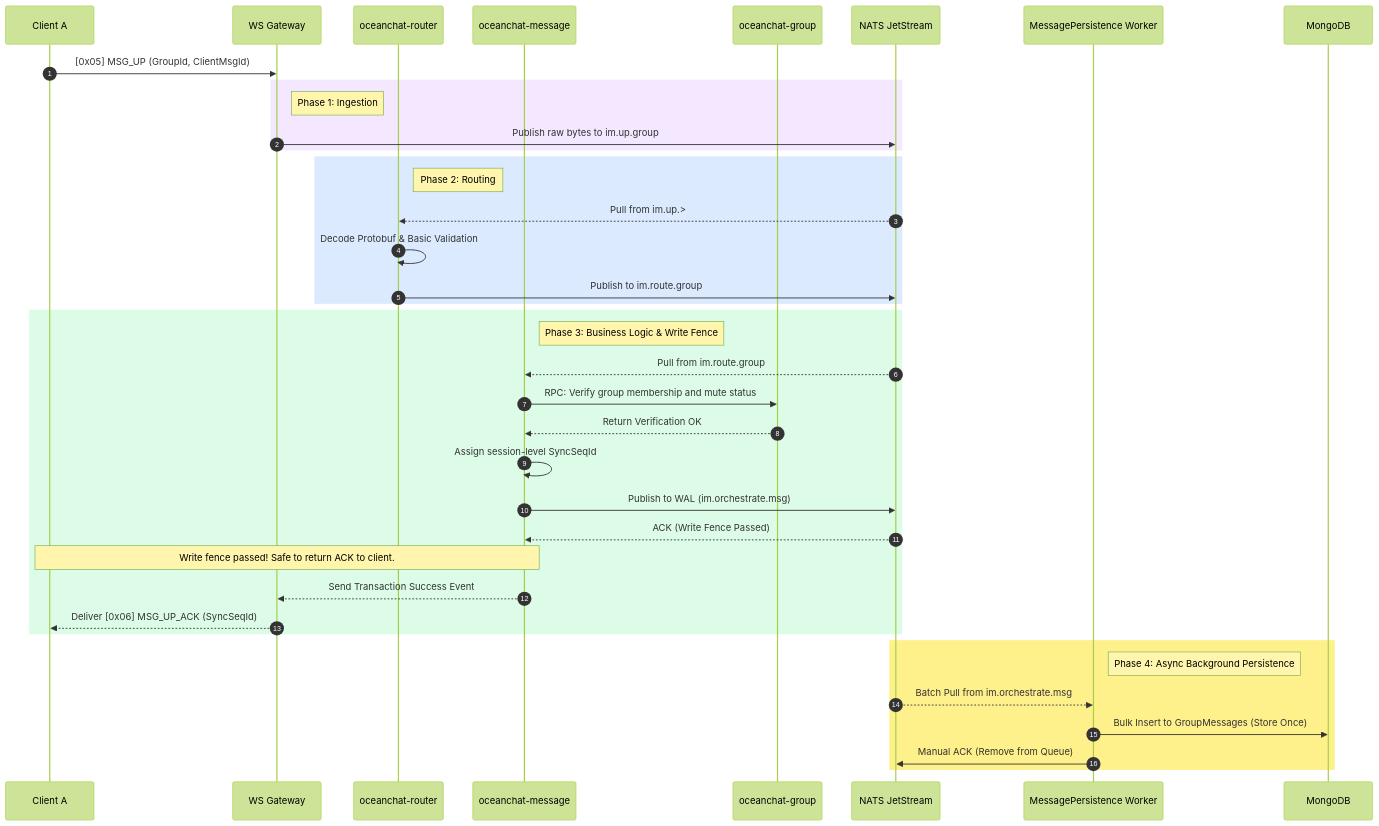
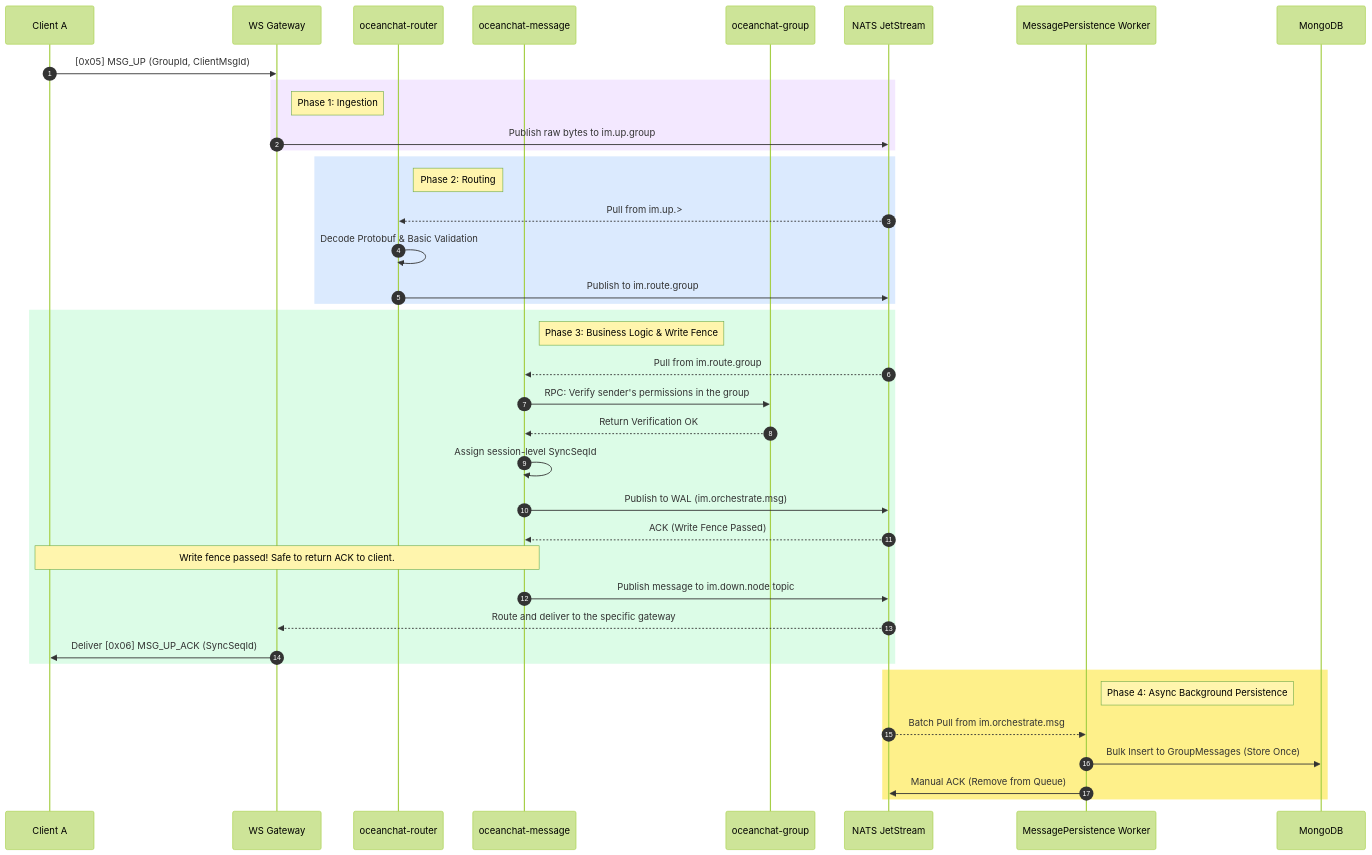
Before and after one commit to JamesWilson19970101/ocean.chat.docs: the first of 4 diagrams in docs/devdocs/Bussiness Logic/group-message-flow.md, drawn with Mermaid (forest theme). The commit also changed 72 other files, not shown here.

First line of the commit message:
ref(docs): reorganize devdocs and update architecture decision records

````diff
--- a/docs/devdocs/Bussiness Logic/group-message-flow.md
+++ b/docs/devdocs/Bussiness Logic/group-message-flow.md
@@ -45,47 +45,48 @@
 ```mermaid
 sequenceDiagram
     autonumber
     participant Sender as Client A
     participant WSG as WS Gateway
     participant Router as oceanchat-router
     participant MsgService as oceanchat-message
     participant GroupService as oceanchat-group
     participant NATS as NATS JetStream
     participant Worker as MessagePersistence Worker
     participant MongoDB as MongoDB
 
     Sender->>WSG: [0x05] MSG_UP (GroupId, ClientMsgId)
 
     rect rgb(243, 232, 255)
         note right of WSG: Phase 1: Ingestion
         WSG->>NATS: Publish raw bytes to im.up.group
     end
 
     rect rgb(219, 234, 254)
         note right of Router: Phase 2: Routing
         NATS-->>Router: Pull from im.up.>
         Router->>Router: Decode Protobuf & Basic Validation
         Router->>NATS: Publish to im.route.group
     end
 
     rect rgb(220, 252, 231)
         note right of MsgService: Phase 3: Business Logic & Write Fence
         NATS-->>MsgService: Pull from im.route.group
-        MsgService->>GroupService: RPC: Verify group membership and mute status
+        MsgService->>GroupService: RPC: Verify sender's permissions in the group
         GroupService-->>MsgService: Return Verification OK
         MsgService->>MsgService: Assign session-level SyncSeqId
         MsgService->>NATS: Publish to WAL (im.orchestrate.msg)
         NATS-->>MsgService: ACK (Write Fence Passed)
 
         note over MsgService, Sender: Write fence passed! Safe to return ACK to client.
-        MsgService-->>WSG: Send Transaction Success Event
-        WSG-->>Sender: Deliver [0x06] MSG_UP_ACK (SyncSeqId)
+        MsgService->>NATS: Publish message to im.down.node topic
+        NATS-->>WSG: Route and deliver to the specific gateway
+        WSG->>Sender: Deliver [0x06] MSG_UP_ACK (SyncSeqId)
     end
 
     rect rgb(254, 240, 138)
         note right of Worker: Phase 4: Async Background Persistence
         NATS-->>Worker: Batch Pull from im.orchestrate.msg
         Worker->>MongoDB: Bulk Insert to GroupMessages (Store Once)
         Worker->>NATS: Manual ACK (Remove from Queue)
     end
 ```
````
